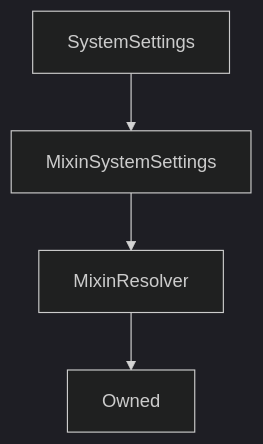
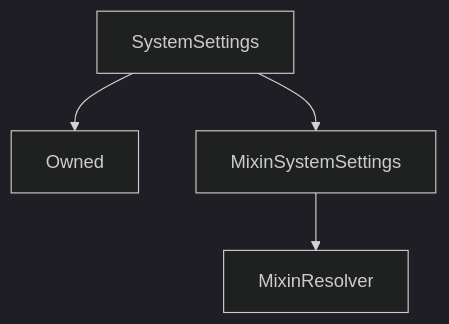
Before and after one commit to Synthetixio/synthetix-docs: the diagram in content/contracts/source/contracts/SystemSettings.md, drawn with Mermaid (dark theme). The commit also changed other lines of this file and 117 other files, not shown here.

````diff
--- a/content/contracts/source/contracts/SystemSettings.md
+++ b/content/contracts/source/contracts/SystemSettings.md
@@ -16,7 +16,7 @@
 ```mermaid
 graph TD
+    SystemSettings[SystemSettings] --> Owned[Owned]
     SystemSettings[SystemSettings] --> MixinSystemSettings[MixinSystemSettings]
     MixinSystemSettings[MixinSystemSettings] --> MixinResolver[MixinResolver]
-    MixinResolver[MixinResolver] --> Owned[Owned]
 
 ```
````
